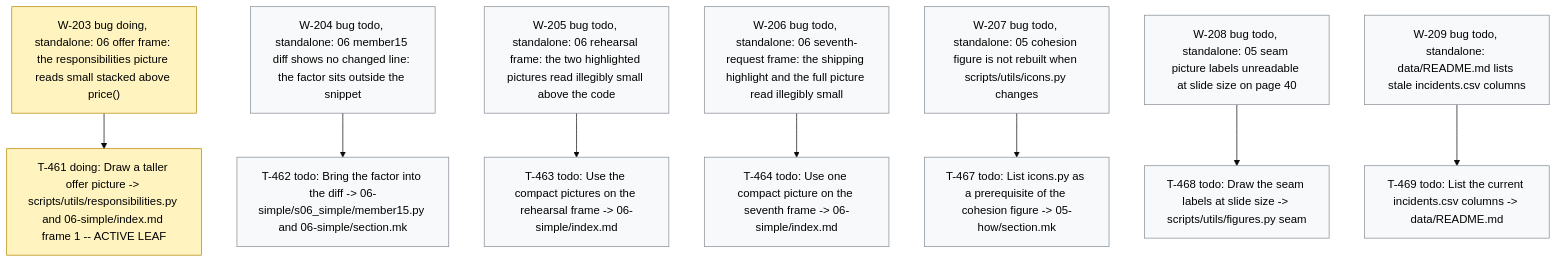
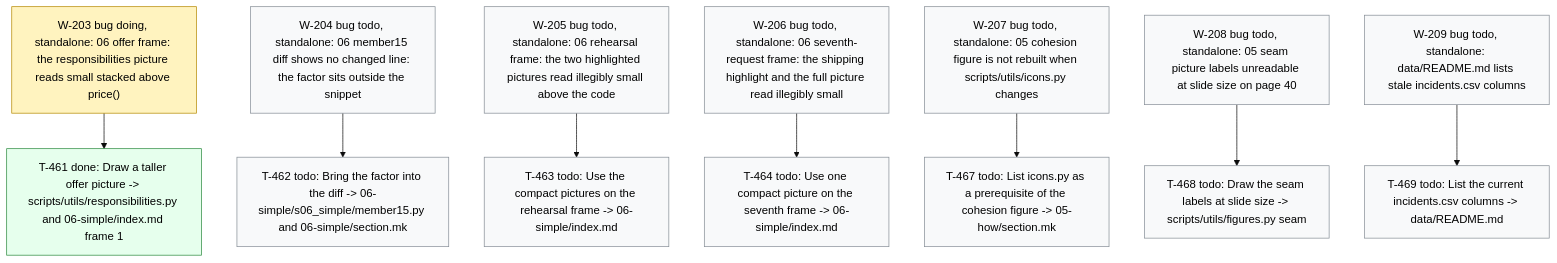
The diagram in .board/BOARD.md (dpopchev/chaos-to-simple), drawn with Mermaid (base theme) before and after one commit. The commit also changed other lines of this file and 1 other file, not shown here.

Commit message:
chore(board): close T-461 -- W-203 ready to land
Refs: W-203 T-461

````diff
--- a/.board/BOARD.md
+++ b/.board/BOARD.md
@@ -1202,24 +1202,25 @@
 ```mermaid
 flowchart TD
   W203["W-203 bug doing, standalone: 06 offer frame: the responsibilities picture reads small stacked above price()"]
-  W203 --> T461["T-461 doing: Draw a taller offer picture -> scripts/utils/responsibilities.py and 06-simple/index.md frame 1 -- ACTIVE LEAF"]
+  W203 --> T461["T-461 done: Draw a taller offer picture -> scripts/utils/responsibilities.py and 06-simple/index.md frame 1"]
   W204["W-204 bug todo, standalone: 06 member15 diff shows no changed line: the factor sits outside the snippet"]
   W204 --> T462["T-462 todo: Bring the factor into the diff -> 06-simple/s06_simple/member15.py and 06-simple/section.mk"]
   W205["W-205 bug todo, standalone: 06 rehearsal frame: the two highlighted pictures read illegibly small above the code"]
   W205 --> T463["T-463 todo: Use the compact pictures on the rehearsal frame -> 06-simple/index.md"]
   W206["W-206 bug todo, standalone: 06 seventh-request frame: the shipping highlight and the full picture read illegibly small"]
   W206 --> T464["T-464 todo: Use one compact picture on the seventh frame -> 06-simple/index.md"]
   W207["W-207 bug todo, standalone: 05 cohesion figure is not rebuilt when scripts/utils/icons.py changes"]
   W207 --> T467["T-467 todo: List icons.py as a prerequisite of the cohesion figure -> 05-how/section.mk"]
   W208["W-208 bug todo, standalone: 05 seam picture labels unreadable at slide size on page 40"]
   W208 --> T468["T-468 todo: Draw the seam labels at slide size -> scripts/utils/figures.py seam"]
   W209["W-209 bug todo, standalone: data/README.md lists stale incidents.csv columns"]
   W209 --> T469["T-469 todo: List the current incidents.csv columns -> data/README.md"]
   classDef doing fill:#fff3bf,stroke:#b58900,color:#000;
   classDef blocked fill:#ffe3e3,stroke:#c92a2a,color:#000;
   classDef done fill:#e6ffed,stroke:#2b8a3e,color:#000;
   classDef todo fill:#f8f9fa,stroke:#868e96,color:#000;
   classDef pruned fill:#f1f3f5,stroke:#adb5bd,color:#000;
-  class W203,T461 doing
+  class W203 doing
+  class T461 done
   class W204,T462,W205,T463,W206,T464,W207,T467,W208,T468,W209,T469 todo
 ```
````
